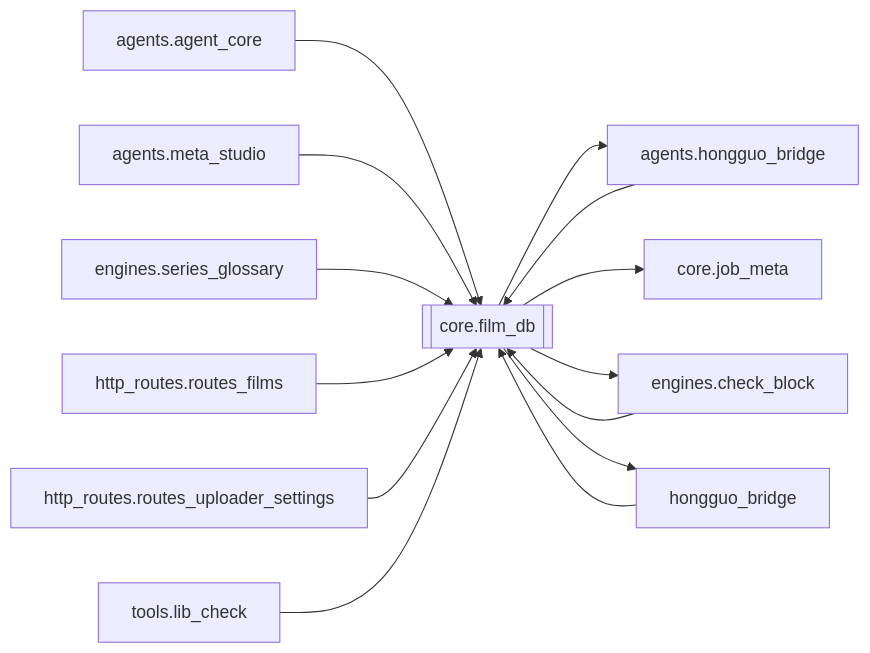
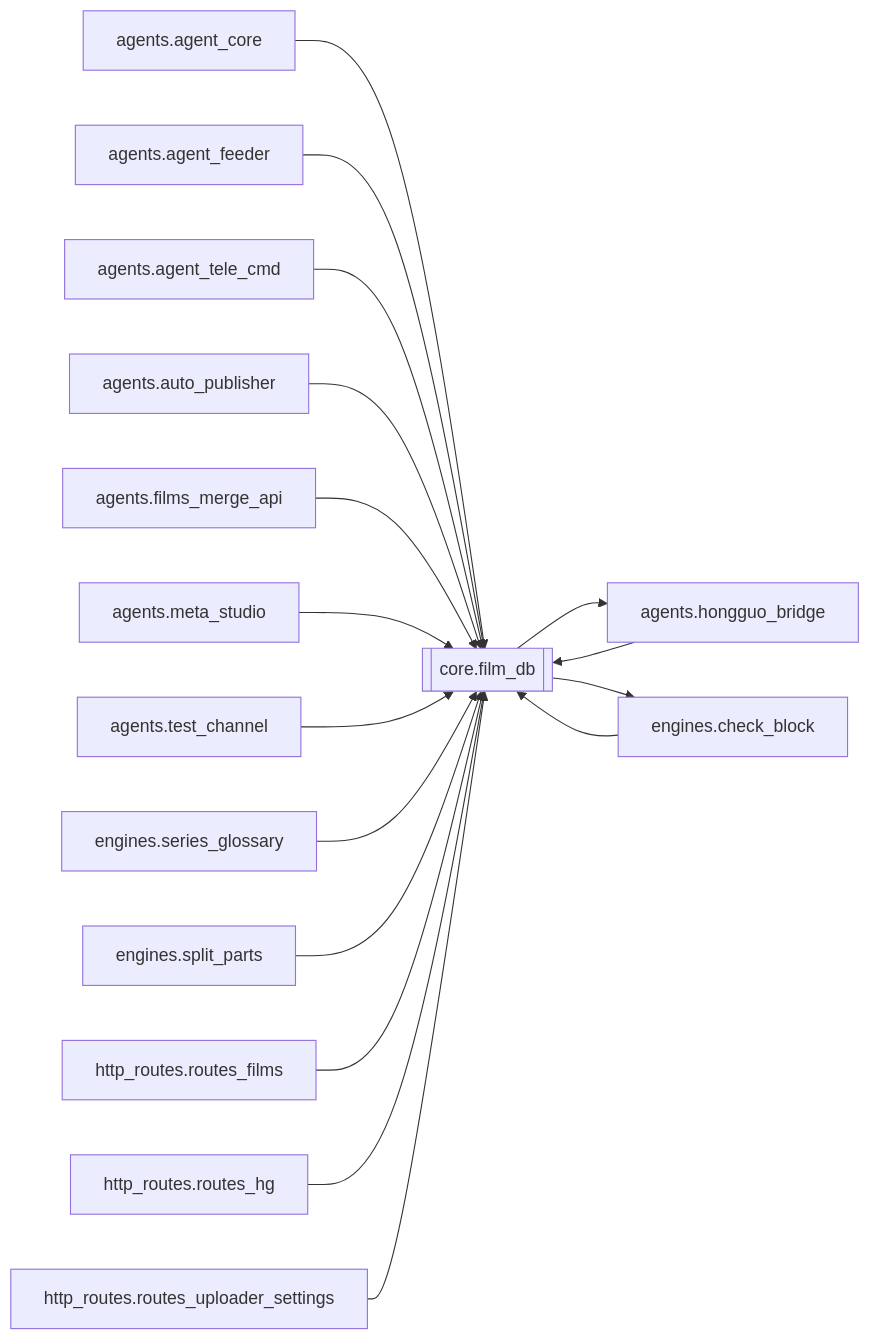
Before and after one commit to kjza178/PinelineV5: the diagram in docs/brain/modules/core.film_db.md, drawn with Mermaid. The commit also changed other lines of this file and 227 other files, not shown here.

````diff
--- a/docs/brain/modules/core.film_db.md
+++ b/docs/brain/modules/core.film_db.md
@@ -17,17 +17,20 @@
 ```mermaid
 flowchart LR
   core_film_db[[core.film_db]]
   agents_agent_core[agents.agent_core] --> core_film_db
+  agents_agent_feeder[agents.agent_feeder] --> core_film_db
+  agents_agent_tele_cmd[agents.agent_tele_cmd] --> core_film_db
+  agents_auto_publisher[agents.auto_publisher] --> core_film_db
+  agents_films_merge_api[agents.films_merge_api] --> core_film_db
   agents_hongguo_bridge[agents.hongguo_bridge] --> core_film_db
   agents_meta_studio[agents.meta_studio] --> core_film_db
+  agents_test_channel[agents.test_channel] --> core_film_db
   engines_check_block[engines.check_block] --> core_film_db
   engines_series_glossary[engines.series_glossary] --> core_film_db
-  hongguo_bridge[hongguo_bridge] --> core_film_db
+  engines_split_parts[engines.split_parts] --> core_film_db
   http_routes_routes_films[http_routes.routes_films] --> core_film_db
+  http_routes_routes_hg[http_routes.routes_hg] --> core_film_db
   http_routes_routes_uploader_settings[http_routes.routes_uploader_settings] --> core_film_db
-  tools_lib_check[tools.lib_check] --> core_film_db
   core_film_db --> agents_hongguo_bridge[agents.hongguo_bridge]
-  core_film_db --> core_job_meta[core.job_meta]
   core_film_db --> engines_check_block[engines.check_block]
-  core_film_db --> hongguo_bridge[hongguo_bridge]
 ```
````
